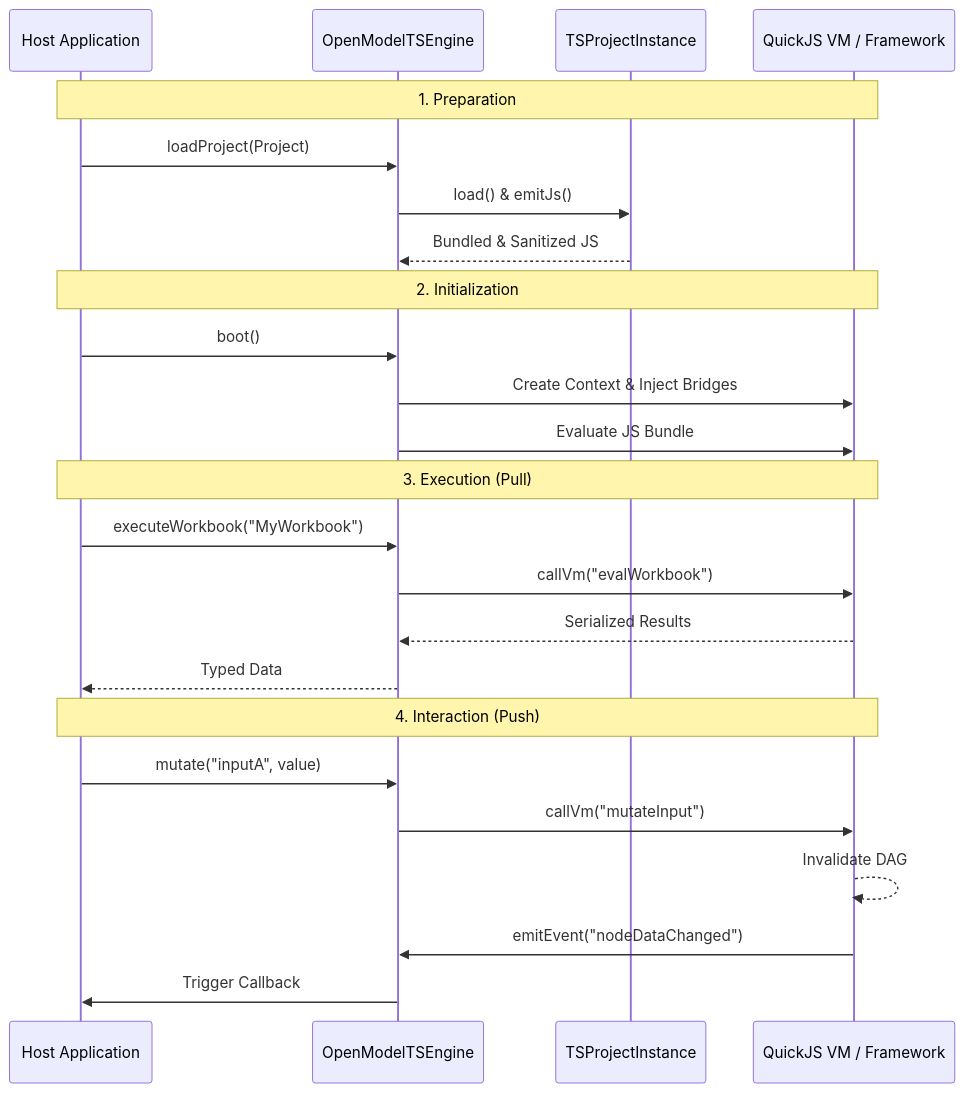
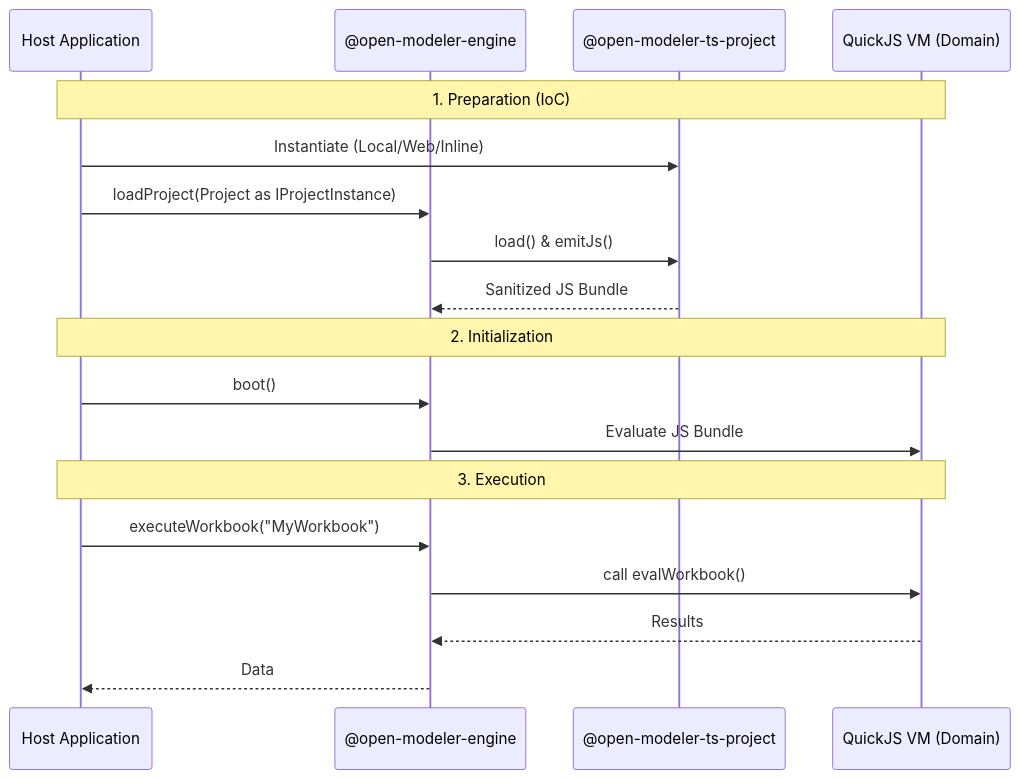
One commit to rimvydasb/open-modeler-bindings changed the second of 2 diagrams in docs/ARCHITECTURE.md. Above: the diagram before and after it, drawn with Mermaid. The commit also changed other lines of this file and 22 other files, not shown here.

Commit message:
refactor architecture documentation and module imports for clarity

````diff
--- a/docs/ARCHITECTURE.md
+++ b/docs/ARCHITECTURE.md
@@ -111,30 +71,23 @@
 ```mermaid
 sequenceDiagram
-    participant Host as Host Application
-    participant Engine as OpenModelTSEngine
-    participant Project as TSProjectInstance
-    participant VM as QuickJS VM / Framework
+    participant App as Host Application
+    participant Engine as @open-modeler-engine
+    participant Project as @open-modeler-ts-project
+    participant VM as QuickJS VM (Domain)
 
-    Note over Host, VM: 1. Preparation
-    Host ->> Engine: loadProject(Project)
+    Note over App, VM: 1. Preparation (IoC)
+    App ->> Project: Instantiate (Local/Web/Inline)
+    App ->> Engine: loadProject(Project as IProjectInstance)
     Engine ->> Project: load() & emitJs()
-    Project -->> Engine: Bundled & Sanitized JS
+    Project -->> Engine: Sanitized JS Bundle
 
-    Note over Host, VM: 2. Initialization
-    Host ->> Engine: boot()
-    Engine ->> VM: Create Context & Inject Bridges
+    Note over App, VM: 2. Initialization
+    App ->> Engine: boot()
     Engine ->> VM: Evaluate JS Bundle
 
-    Note over Host, VM: 3. Execution (Pull)
-    Host ->> Engine: executeWorkbook("MyWorkbook")
-    Engine ->> VM: callVm("evalWorkbook")
-    VM -->> Engine: Serialized Results
-    Engine -->> Host: Typed Data
-
-    Note over Host, VM: 4. Interaction (Push)
-    Host ->> Engine: mutate("inputA", value)
-    Engine ->> VM: callVm("mutateInput")
-    VM -->> VM: Invalidate DAG
-    VM ->> Engine: emitEvent("nodeDataChanged")
-    Engine ->> Host: Trigger Callback
+    Note over App, VM: 3. Execution
+    App ->> Engine: executeWorkbook("MyWorkbook")
+    Engine ->> VM: call evalWorkbook()
+    VM -->> Engine: Results
+    Engine -->> App: Data
 ```
````
